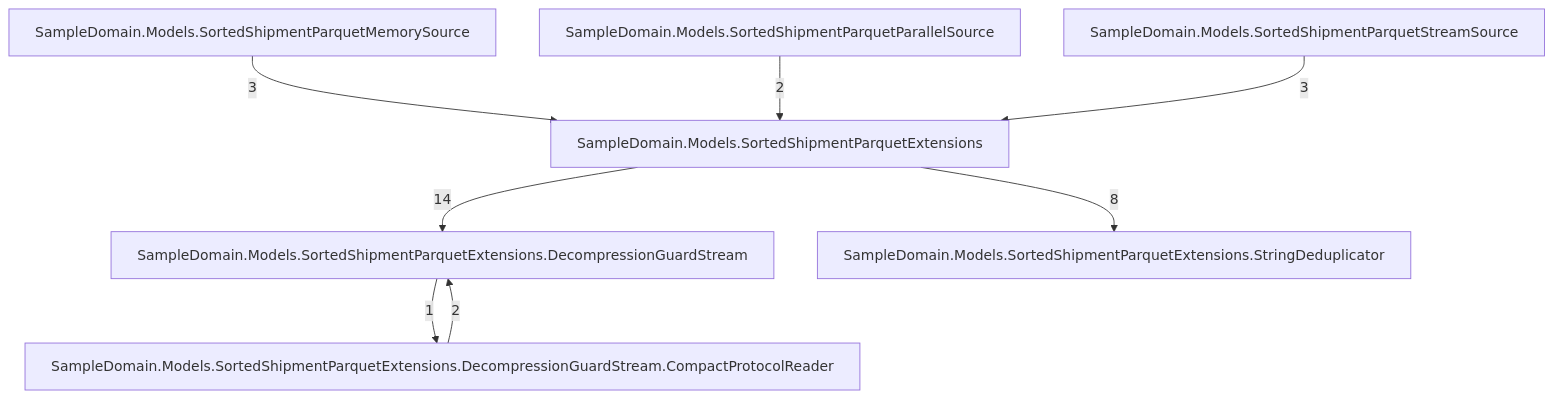
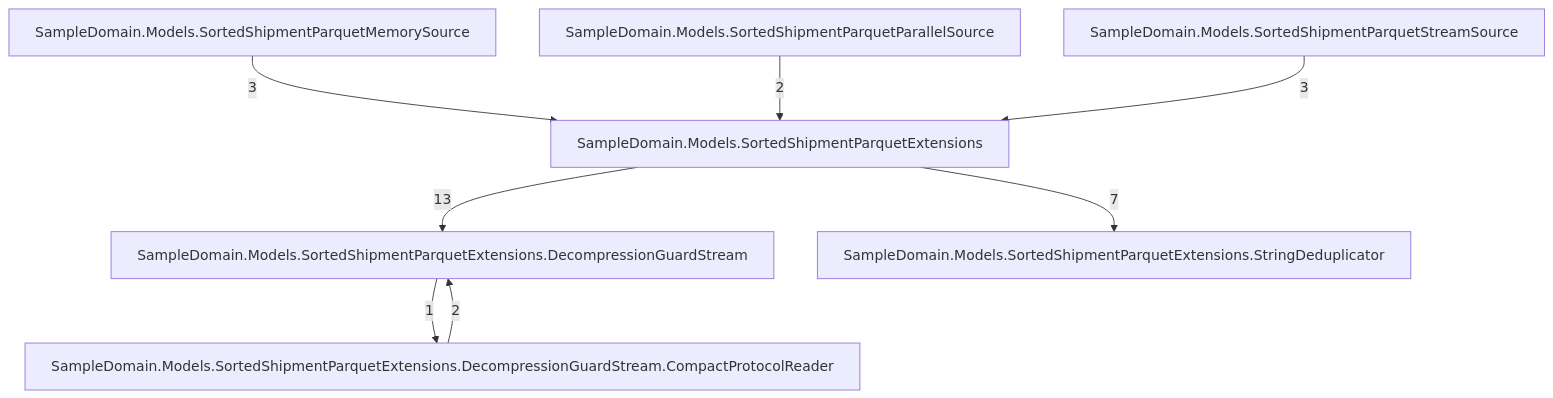
Before and after one commit to rtkelly13/Parquet.SourceGenerator: the seventh of 7 diagrams in docs/callgraph-generated.md, drawn with Mermaid. The commit also changed other lines of this file and 109 other files, not shown here.

````diff
--- a/docs/callgraph-generated.md
+++ b/docs/callgraph-generated.md
@@ -116,17 +116,17 @@
 ```mermaid
 graph TD
     tsampledomainmodelssortedshipmentparquetextensions_051["SampleDomain.Models.SortedShipmentParquetExtensions"]
     tsampledomainmodelssortedshipmentparquetextensionsdecompressionguardstream_076["SampleDomain.Models.SortedShipmentParquetExtensions.DecompressionGuardStream"]
     tsampledomainmodelssortedshipmentparquetextensionsdecompressionguardstreamcompactprotocolreader_098["SampleDomain.Models.SortedShipmentParquetExtensions.DecompressionGuardStream.CompactProtocolReader"]
     tsampledomainmodelssortedshipmentparquetextensionsstringdeduplicator_070["SampleDomain.Models.SortedShipmentParquetExtensions.StringDeduplicator"]
     tsampledomainmodelssortedshipmentparquetmemorysource_053["SampleDomain.Models.SortedShipmentParquetMemorySource"]
     tsampledomainmodelssortedshipmentparquetparallelsource_055["SampleDomain.Models.SortedShipmentParquetParallelSource"]
     tsampledomainmodelssortedshipmentparquetstreamsource_053["SampleDomain.Models.SortedShipmentParquetStreamSource"]
     tsampledomainmodelssortedshipmentparquetextensionsdecompressionguardstreamcompactprotocolreader_098 -->|2| tsampledomainmodelssortedshipmentparquetextensionsdecompressionguardstream_076
     tsampledomainmodelssortedshipmentparquetextensionsdecompressionguardstream_076 -->|1| tsampledomainmodelssortedshipmentparquetextensionsdecompressionguardstreamcompactprotocolreader_098
-    tsampledomainmodelssortedshipmentparquetextensions_051 -->|14| tsampledomainmodelssortedshipmentparquetextensionsdecompressionguardstream_076
-    tsampledomainmodelssortedshipmentparquetextensions_051 -->|8| tsampledomainmodelssortedshipmentparquetextensionsstringdeduplicator_070
+    tsampledomainmodelssortedshipmentparquetextensions_051 -->|13| tsampledomainmodelssortedshipmentparquetextensionsdecompressionguardstream_076
+    tsampledomainmodelssortedshipmentparquetextensions_051 -->|7| tsampledomainmodelssortedshipmentparquetextensionsstringdeduplicator_070
     tsampledomainmodelssortedshipmentparquetmemorysource_053 -->|3| tsampledomainmodelssortedshipmentparquetextensions_051
     tsampledomainmodelssortedshipmentparquetparallelsource_055 -->|2| tsampledomainmodelssortedshipmentparquetextensions_051
     tsampledomainmodelssortedshipmentparquetstreamsource_053 -->|3| tsampledomainmodelssortedshipmentparquetextensions_051
 ```
````
